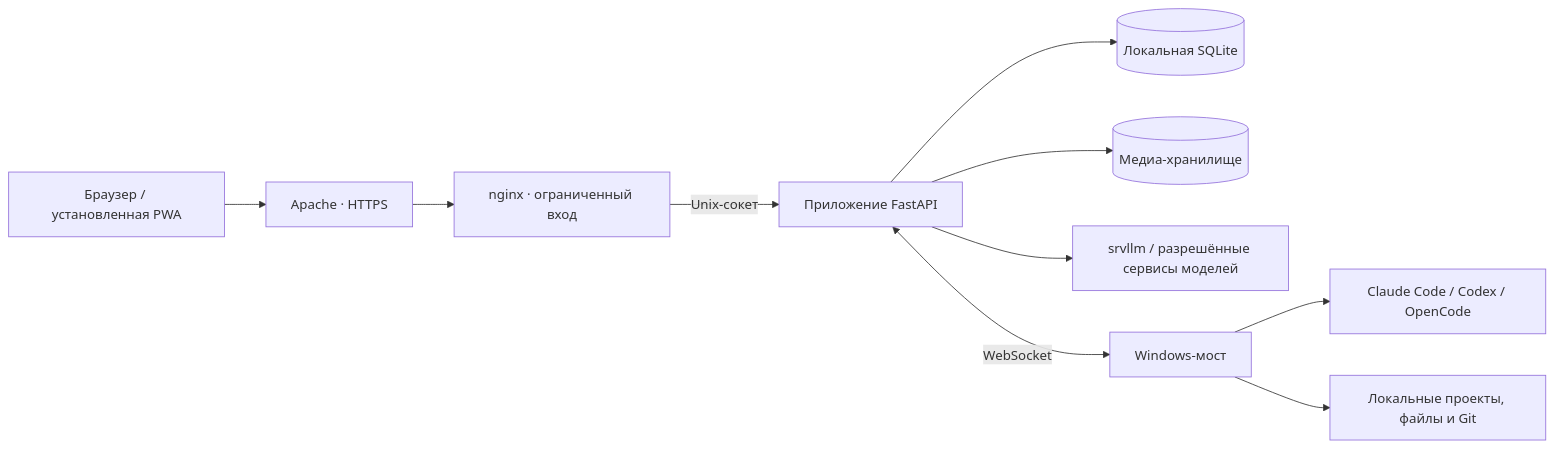
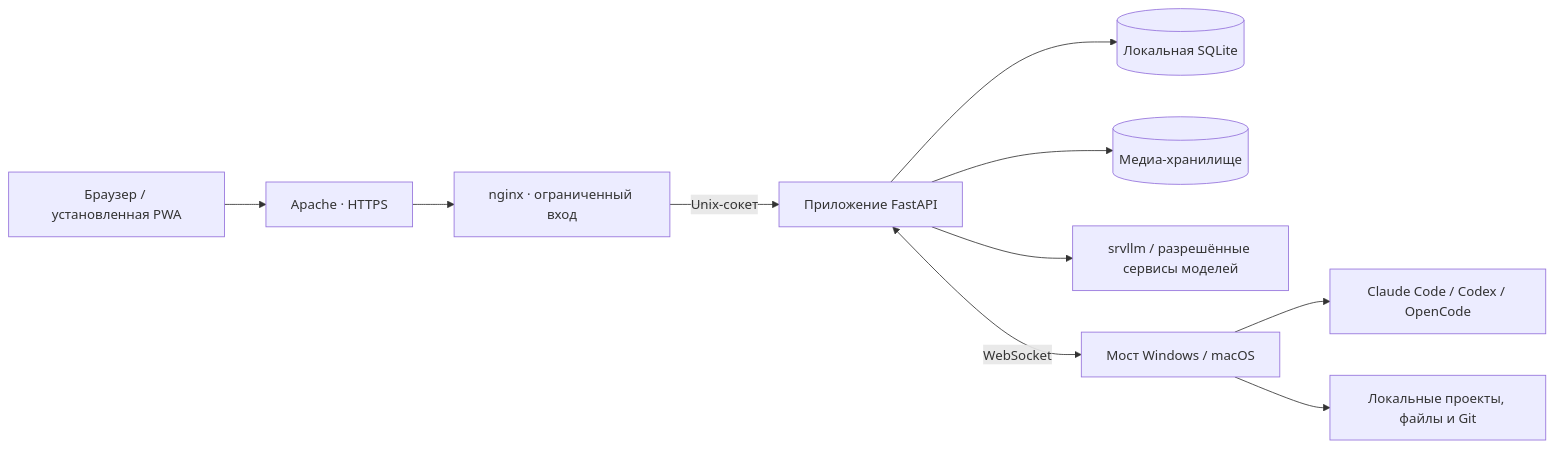
One commit to guru431/studio changed the diagram in README.ru.md. Above: the diagram before and after it, drawn with Mermaid. The commit also changed other lines of this file and 69 other files, not shown here.

````diff
--- a/README.ru.md
+++ b/README.ru.md
@@ -218,12 +218,12 @@
 ```mermaid
 flowchart LR
     UI["Браузер / установленная PWA"] --> HTTPS["Apache · HTTPS"]
     HTTPS --> NGINX["nginx · ограниченный вход"]
     NGINX -->|Unix-сокет| APP["Приложение FastAPI"]
     APP --> DB[("Локальная SQLite")]
     APP --> MEDIA[("Медиа-хранилище")]
     APP --> MODELS["srvllm / разрешённые сервисы моделей"]
-    APP <-->|WebSocket| BRIDGE["Windows-мост"]
+    APP <-->|WebSocket| BRIDGE["Мост Windows / macOS"]
     BRIDGE --> CLI["Claude Code / Codex / OpenCode"]
     BRIDGE --> PROJECTS["Локальные проекты, файлы и Git"]
 ```
````
